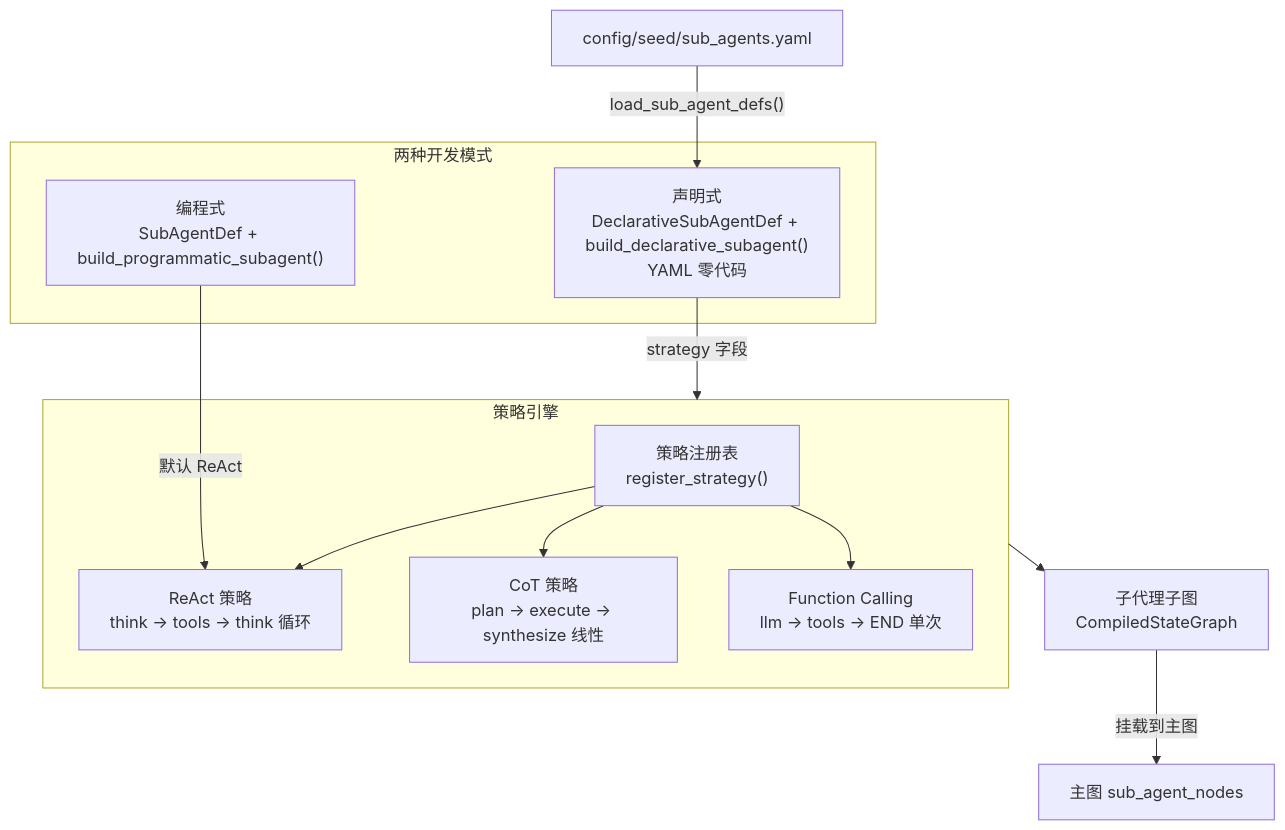
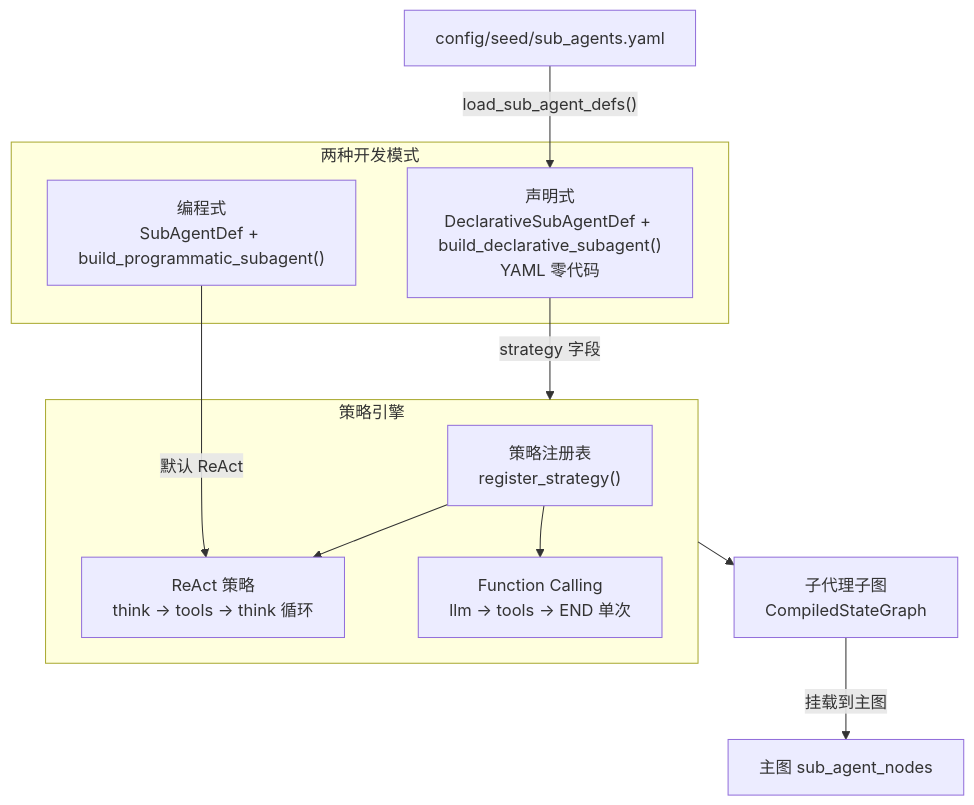
One commit to heelynn/artipivot changed the diagram in doc/modules/agents.md. Above: the diagram before and after it, drawn with Mermaid. The commit also changed other lines of this file and 20 other files, not shown here.

````diff
--- a/doc/modules/agents.md
+++ b/doc/modules/agents.md
@@ -5,22 +5,21 @@
 ```mermaid
 flowchart TD
     subgraph Strategies["策略引擎"]
         Registry["策略注册表<br/>register_strategy()"]
         Registry --> ReAct["ReAct 策略<br/>think → tools → think 循环"]
-        Registry --> CoT["CoT 策略<br/>plan → execute → synthesize 线性"]
         Registry --> FC["Function Calling<br/>llm → tools → END 单次"]
     end
 
     subgraph Modes["两种开发模式"]
         Prog["编程式<br/>SubAgentDef + build_programmatic_subagent()"]
         Decl["声明式<br/>DeclarativeSubAgentDef + build_declarative_subagent()<br/>YAML 零代码"]
     end
 
     Decl --> |"strategy 字段"| Strategies
     Prog --> |"默认 ReAct"| ReAct
 
     Strategies --> SubGraph["子代理子图<br/>CompiledStateGraph"]
     SubGraph --> |"挂载到主图"| MainGraph["主图 sub_agent_nodes"]
 
     YAML["config/seed/sub_agents.yaml"] --> |"load_sub_agent_defs()"| Decl
 ```
````
